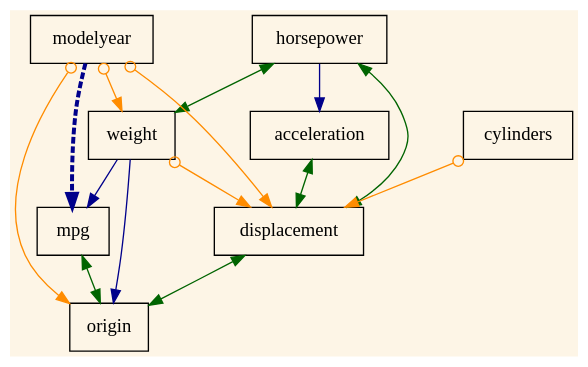
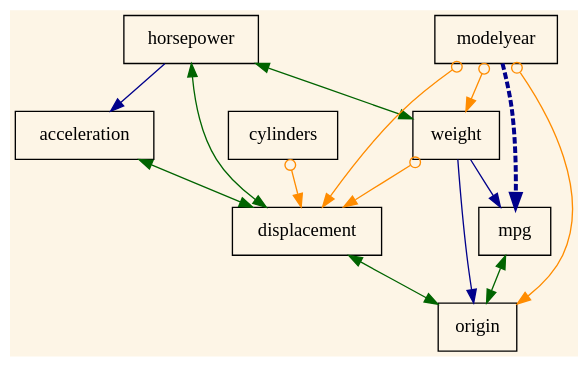
One commit to Ykabrit/PAGviz changed the diagram in examples/dot_files/auto_mpg_fci_kno.dot. Above: the diagram before and after it, drawn with Graphviz. The commit also changed 4 other files, not shown here.

```diff
--- a/examples/dot_files/auto_mpg_fci_kno.dot
+++ b/examples/dot_files/auto_mpg_fci_kno.dot
@@ -1,45 +1,25 @@
 digraph "auto_mpg_fci_kno.txt" {
 bgcolor=OldLace;
-horsepower [shape=box];
-acceleration [shape=box];
-horsepower -> acceleration [dir=forward, arrowtail=none, arrowhead=normal, style="", penwidth=1, color=darkblue];
-modelyear [shape=box];
 mpg [shape=box];
-modelyear -> mpg [dir=forward, arrowtail=none, arrowhead=normal, style=dashed, penwidth=3, color=darkblue];
-weight [shape=box];
-mpg [shape=box];
-weight -> mpg [dir=forward, arrowtail=none, arrowhead=normal, style="", penwidth=1, color=darkblue];
-weight [shape=box];
-origin [shape=box];
-weight -> origin [dir=forward, arrowtail=none, arrowhead=normal, style="", penwidth=1, color=darkblue];
-acceleration [shape=box];
-displacement [shape=box];
-acceleration -> displacement [dir=both, arrowtail=normal, arrowhead=normal, style="", penwidth=1, color=darkgreen];
 cylinders [shape=box];
 displacement [shape=box];
-cylinders -> displacement [dir=both, arrowtail=odot, arrowhead=normal, style="", penwidth=1, color=darkorange];
-displacement [shape=box];
-origin [shape=box];
-displacement -> origin [dir=both, arrowtail=normal, arrowhead=normal, style="", penwidth=1, color=darkgreen];
-horsepower [shape=box];
-displacement [shape=box];
-horsepower -> displacement [dir=both, arrowtail=normal, arrowhead=normal, style="", penwidth=1, color=darkgreen];
 horsepower [shape=box];
 weight [shape=box];
-horsepower -> weight [dir=both, arrowtail=normal, arrowhead=normal, style="", penwidth=1, color=darkgreen];
-modelyear [shape=box];
-displacement [shape=box];
-modelyear -> displacement [dir=both, arrowtail=odot, arrowhead=normal, style="", penwidth=1, color=darkorange];
+acceleration [shape=box];
 modelyear [shape=box];
 origin [shape=box];
+horsepower -> acceleration [dir=forward, arrowtail=none, arrowhead=normal, style="", penwidth=1, color=darkblue];
+modelyear -> mpg [dir=forward, arrowtail=none, arrowhead=normal, style=dashed, penwidth=3, color=darkblue];
+weight -> mpg [dir=forward, arrowtail=none, arrowhead=normal, style="", penwidth=1, color=darkblue];
+weight -> origin [dir=forward, arrowtail=none, arrowhead=normal, style="", penwidth=1, color=darkblue];
+acceleration -> displacement [dir=both, arrowtail=normal, arrowhead=normal, style="", penwidth=1, color=darkgreen];
+cylinders -> displacement [dir=both, arrowtail=odot, arrowhead=normal, style="", penwidth=1, color=darkorange];
+displacement -> origin [dir=both, arrowtail=normal, arrowhead=normal, style="", penwidth=1, color=darkgreen];
+horsepower -> displacement [dir=both, arrowtail=normal, arrowhead=normal, style="", penwidth=1, color=darkgreen];
+horsepower -> weight [dir=both, arrowtail=normal, arrowhead=normal, style="", penwidth=1, color=darkgreen];
+modelyear -> displacement [dir=both, arrowtail=odot, arrowhead=normal, style="", penwidth=1, color=darkorange];
 modelyear -> origin [dir=both, arrowtail=odot, arrowhead=normal, style="", penwidth=1, color=darkorange];
-modelyear [shape=box];
-weight [shape=box];
 modelyear -> weight [dir=both, arrowtail=odot, arrowhead=normal, style="", penwidth=1, color=darkorange];
-mpg [shape=box];
-origin [shape=box];
 mpg -> origin [dir=both, arrowtail=normal, arrowhead=normal, style="", penwidth=1, color=darkgreen];
-weight [shape=box];
-displacement [shape=box];
 weight -> displacement [dir=both, arrowtail=odot, arrowhead=normal, style="", penwidth=1, color=darkorange];
 }
```
